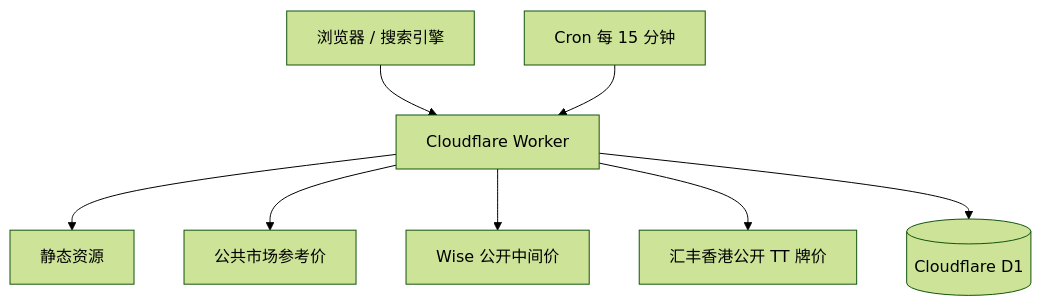
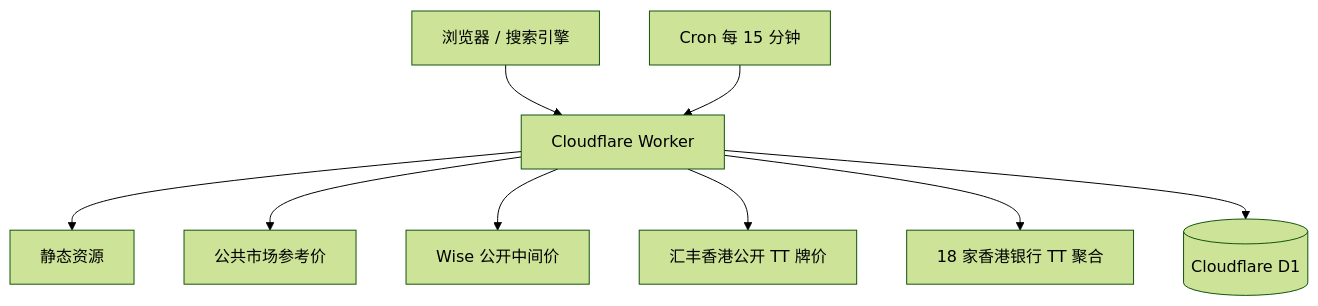
The diagram in docs/ARCHITECTURE.md (wxywizard/FXPulse), drawn with Mermaid (forest theme) before and after one commit. The commit also changed other lines of this file and 13 other files, not shown here.

````diff
--- a/docs/ARCHITECTURE.md
+++ b/docs/ARCHITECTURE.md
@@ -7,10 +7,11 @@
 ```mermaid
 flowchart TD
     U[浏览器 / 搜索引擎] --> W[Cloudflare Worker]
     W --> A[静态资源]
     W --> M[公共市场参考价]
     W --> X[Wise 公开中间价]
     W --> H[汇丰香港公开 TT 牌价]
+    W --> B[18 家香港银行 TT 聚合]
     W --> D[(Cloudflare D1)]
     T[Cron 每 15 分钟] --> W
 ```
````
